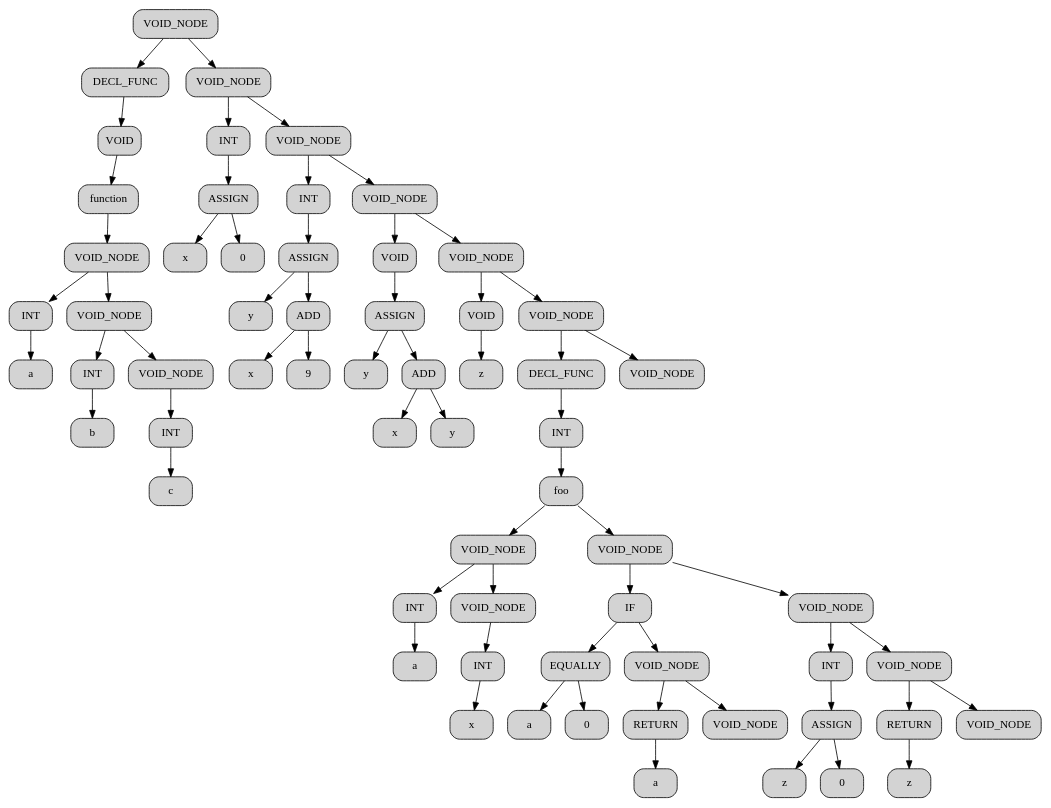
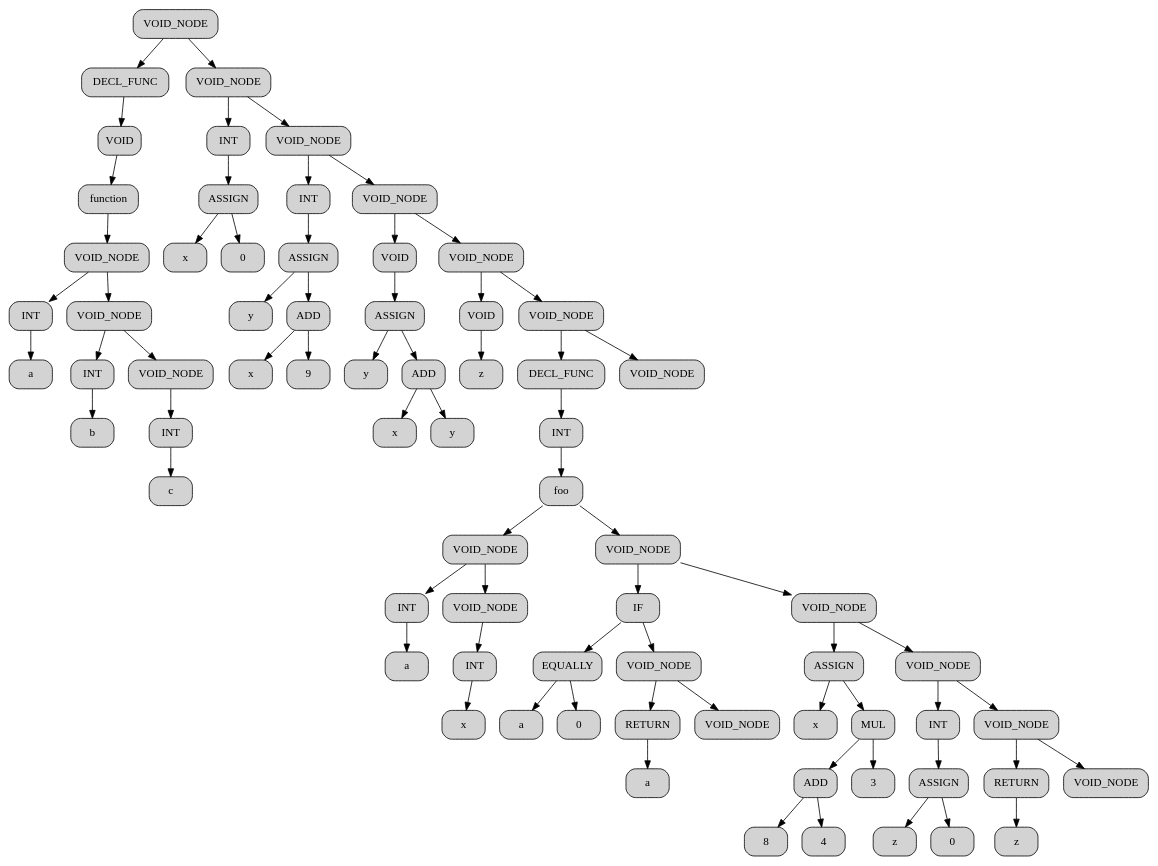
Before and after one commit to Matvey34545/Compilator: the diagram in FrontEnd/dump/dump.dot, drawn with Graphviz. The commit also changed 3 other files, not shown here.

```diff
--- a/FrontEnd/dump/dump.dot
+++ b/FrontEnd/dump/dump.dot
@@ -1,131 +1,147 @@
 digraph list{
 rankdir = HR
-node0000021754831580 [shape=Mrecord, style="filled",  label = "VOID_NODE"]
-node00000217548315c0 [shape=Mrecord, style="filled",  label = "DECL_FUNC"]
-node0000021754831600 [shape=Mrecord, style="filled",  label = "VOID"]
-node0000021754831640 [shape=Mrecord, style="filled",  label = "function"]
-node0000021754831680 [shape=Mrecord, style="filled",  label = "VOID_NODE"]
-node00000217548316c0 [shape=Mrecord, style="filled",  label = "INT"]
-node0000021754831700 [shape=Mrecord, style="filled",  label = "a"]
-node0000021754831740 [shape=Mrecord, style="filled",  label = "VOID_NODE"]
-node0000021754831780 [shape=Mrecord, style="filled",  label = "INT"]
-node00000217548317c0 [shape=Mrecord, style="filled",  label = "b"]
-node0000021754831800 [shape=Mrecord, style="filled",  label = "VOID_NODE"]
-node0000021754831840 [shape=Mrecord, style="filled",  label = "INT"]
-node0000021754831880 [shape=Mrecord, style="filled",  label = "c"]
-node00000217548318c0 [shape=Mrecord, style="filled",  label = "VOID_NODE"]
-node0000021754831900 [shape=Mrecord, style="filled",  label = "INT"]
-node0000021754831980 [shape=Mrecord, style="filled",  label = "ASSIGN"]
-node0000021754831940 [shape=Mrecord, style="filled",  label = "x"]
-node0000021754836ec0 [shape=Mrecord, style="filled",  label = "0"]
-node0000021754836fc0 [shape=Mrecord, style="filled",  label = "VOID_NODE"]
-node00000217548369c0 [shape=Mrecord, style="filled",  label = "INT"]
-node0000021754836ac0 [shape=Mrecord, style="filled",  label = "ASSIGN"]
-node0000021754836b80 [shape=Mrecord, style="filled",  label = "y"]
-node0000021754836a80 [shape=Mrecord, style="filled",  label = "ADD"]
-node0000021754836e80 [shape=Mrecord, style="filled",  label = "x"]
-node0000021754836bc0 [shape=Mrecord, style="filled",  label = "9"]
-node0000021754836980 [shape=Mrecord, style="filled",  label = "VOID_NODE"]
-node0000021754836e00 [shape=Mrecord, style="filled",  label = "VOID"]
-node0000021754836880 [shape=Mrecord, style="filled",  label = "ASSIGN"]
-node0000021754836f00 [shape=Mrecord, style="filled",  label = "y"]
-node00000217548368c0 [shape=Mrecord, style="filled",  label = "ADD"]
-node0000021754836f80 [shape=Mrecord, style="filled",  label = "x"]
-node0000021754836900 [shape=Mrecord, style="filled",  label = "y"]
-node0000021754836a40 [shape=Mrecord, style="filled",  label = "VOID_NODE"]
-node0000021754836940 [shape=Mrecord, style="filled",  label = "VOID"]
-node0000021754836b40 [shape=Mrecord, style="filled",  label = "z"]
-node0000021754836a00 [shape=Mrecord, style="filled",  label = "VOID_NODE"]
-node0000021754836c00 [shape=Mrecord, style="filled",  label = "DECL_FUNC"]
-node0000021754836cc0 [shape=Mrecord, style="filled",  label = "INT"]
-node0000021754836f40 [shape=Mrecord, style="filled",  label = "foo"]
-node0000021754836b00 [shape=Mrecord, style="filled",  label = "VOID_NODE"]
-node0000021754836c40 [shape=Mrecord, style="filled",  label = "INT"]
-node0000021754836c80 [shape=Mrecord, style="filled",  label = "a"]
-node0000021754836d00 [shape=Mrecord, style="filled",  label = "VOID_NODE"]
-node0000021754836d40 [shape=Mrecord, style="filled",  label = "INT"]
-node0000021754836d80 [shape=Mrecord, style="filled",  label = "x"]
-node0000021754836dc0 [shape=Mrecord, style="filled",  label = "VOID_NODE"]
-node0000021754836e40 [shape=Mrecord, style="filled",  label = "IF"]
-node0000021754838210 [shape=Mrecord, style="filled",  label = "EQUALLY"]
-node0000021754837dd0 [shape=Mrecord, style="filled",  label = "a"]
-node0000021754838050 [shape=Mrecord, style="filled",  label = "0"]
-node0000021754837950 [shape=Mrecord, style="filled",  label = "VOID_NODE"]
-node00000217548383d0 [shape=Mrecord, style="filled",  label = "RETURN"]
-node0000021754837710 [shape=Mrecord, style="filled",  label = "a"]
-node0000021754837690 [shape=Mrecord, style="filled",  label = "VOID_NODE"]
-node00000217548376d0 [shape=Mrecord, style="filled",  label = "VOID_NODE"]
-node00000217548374d0 [shape=Mrecord, style="filled",  label = "INT"]
-node0000021754837b90 [shape=Mrecord, style="filled",  label = "ASSIGN"]
-node0000021754837850 [shape=Mrecord, style="filled",  label = "z"]
-node0000021754837810 [shape=Mrecord, style="filled",  label = "0"]
-node0000021754837610 [shape=Mrecord, style="filled",  label = "VOID_NODE"]
-node0000021754838110 [shape=Mrecord, style="filled",  label = "RETURN"]
-node0000021754838090 [shape=Mrecord, style="filled",  label = "z"]
-node00000217548378d0 [shape=Mrecord, style="filled",  label = "VOID_NODE"]
-node00000217548382d0 [shape=Mrecord, style="filled",  label = "VOID_NODE"]
+node000002380a1b1590 [shape=Mrecord, style="filled",  label = "VOID_NODE"]
+node000002380a1b15d0 [shape=Mrecord, style="filled",  label = "DECL_FUNC"]
+node000002380a1b1610 [shape=Mrecord, style="filled",  label = "VOID"]
+node000002380a1b1650 [shape=Mrecord, style="filled",  label = "function"]
+node000002380a1b1690 [shape=Mrecord, style="filled",  label = "VOID_NODE"]
+node000002380a1b16d0 [shape=Mrecord, style="filled",  label = "INT"]
+node000002380a1b1710 [shape=Mrecord, style="filled",  label = "a"]
+node000002380a1b1750 [shape=Mrecord, style="filled",  label = "VOID_NODE"]
+node000002380a1b1790 [shape=Mrecord, style="filled",  label = "INT"]
+node000002380a1b17d0 [shape=Mrecord, style="filled",  label = "b"]
+node000002380a1b1810 [shape=Mrecord, style="filled",  label = "VOID_NODE"]
+node000002380a1b1850 [shape=Mrecord, style="filled",  label = "INT"]
+node000002380a1b1890 [shape=Mrecord, style="filled",  label = "c"]
+node000002380a1b18d0 [shape=Mrecord, style="filled",  label = "VOID_NODE"]
+node000002380a1b1910 [shape=Mrecord, style="filled",  label = "INT"]
+node000002380a1b1990 [shape=Mrecord, style="filled",  label = "ASSIGN"]
+node000002380a1b1950 [shape=Mrecord, style="filled",  label = "x"]
+node000002380a1b6980 [shape=Mrecord, style="filled",  label = "0"]
+node000002380a1b6ac0 [shape=Mrecord, style="filled",  label = "VOID_NODE"]
+node000002380a1b6a40 [shape=Mrecord, style="filled",  label = "INT"]
+node000002380a1b6b00 [shape=Mrecord, style="filled",  label = "ASSIGN"]
+node000002380a1b6940 [shape=Mrecord, style="filled",  label = "y"]
+node000002380a1b69c0 [shape=Mrecord, style="filled",  label = "ADD"]
+node000002380a1b6e40 [shape=Mrecord, style="filled",  label = "x"]
+node000002380a1b6c80 [shape=Mrecord, style="filled",  label = "9"]
+node000002380a1b6a00 [shape=Mrecord, style="filled",  label = "VOID_NODE"]
+node000002380a1b6fc0 [shape=Mrecord, style="filled",  label = "VOID"]
+node000002380a1b6a80 [shape=Mrecord, style="filled",  label = "ASSIGN"]
+node000002380a1b6e80 [shape=Mrecord, style="filled",  label = "y"]
+node000002380a1b6cc0 [shape=Mrecord, style="filled",  label = "ADD"]
+node000002380a1b6c00 [shape=Mrecord, style="filled",  label = "x"]
+node000002380a1b6dc0 [shape=Mrecord, style="filled",  label = "y"]
+node000002380a1b6ec0 [shape=Mrecord, style="filled",  label = "VOID_NODE"]
+node000002380a1b6f00 [shape=Mrecord, style="filled",  label = "VOID"]
+node000002380a1b6b40 [shape=Mrecord, style="filled",  label = "z"]
+node000002380a1b6b80 [shape=Mrecord, style="filled",  label = "VOID_NODE"]
+node000002380a1b6f40 [shape=Mrecord, style="filled",  label = "DECL_FUNC"]
+node000002380a1b6d00 [shape=Mrecord, style="filled",  label = "INT"]
+node000002380a1b6bc0 [shape=Mrecord, style="filled",  label = "foo"]
+node000002380a1b6f80 [shape=Mrecord, style="filled",  label = "VOID_NODE"]
+node000002380a1b6c40 [shape=Mrecord, style="filled",  label = "INT"]
+node000002380a1b6880 [shape=Mrecord, style="filled",  label = "a"]
+node000002380a1b6d80 [shape=Mrecord, style="filled",  label = "VOID_NODE"]
+node000002380a1b6d40 [shape=Mrecord, style="filled",  label = "INT"]
+node000002380a1b6e00 [shape=Mrecord, style="filled",  label = "x"]
+node000002380a1b68c0 [shape=Mrecord, style="filled",  label = "VOID_NODE"]
+node000002380a1b6900 [shape=Mrecord, style="filled",  label = "IF"]
+node000002380a1b83d0 [shape=Mrecord, style="filled",  label = "EQUALLY"]
+node000002380a1b7f10 [shape=Mrecord, style="filled",  label = "a"]
+node000002380a1b80d0 [shape=Mrecord, style="filled",  label = "0"]
+node000002380a1b7cd0 [shape=Mrecord, style="filled",  label = "VOID_NODE"]
+node000002380a1b7e10 [shape=Mrecord, style="filled",  label = "RETURN"]
+node000002380a1b7e50 [shape=Mrecord, style="filled",  label = "a"]
+node000002380a1b7790 [shape=Mrecord, style="filled",  label = "VOID_NODE"]
+node000002380a1b7b90 [shape=Mrecord, style="filled",  label = "VOID_NODE"]
+node000002380a1b7a10 [shape=Mrecord, style="filled",  label = "ASSIGN"]
+node000002380a1b7590 [shape=Mrecord, style="filled",  label = "x"]
+node000002380a1b8310 [shape=Mrecord, style="filled",  label = "MUL"]
+node000002380a1b7850 [shape=Mrecord, style="filled",  label = "ADD"]
+node000002380a1b7d10 [shape=Mrecord, style="filled",  label = "8"]
+node000002380a1b75d0 [shape=Mrecord, style="filled",  label = "4"]
+node000002380a1b7c90 [shape=Mrecord, style="filled",  label = "3"]
+node000002380a1b7a50 [shape=Mrecord, style="filled",  label = "VOID_NODE"]
+node000002380a1b7950 [shape=Mrecord, style="filled",  label = "INT"]
+node000002380a1b7990 [shape=Mrecord, style="filled",  label = "ASSIGN"]
+node000002380a1b8010 [shape=Mrecord, style="filled",  label = "z"]
+node000002380a1b7690 [shape=Mrecord, style="filled",  label = "0"]
+node000002380a1b7550 [shape=Mrecord, style="filled",  label = "VOID_NODE"]
+node000002380a1b77d0 [shape=Mrecord, style="filled",  label = "RETURN"]
+node000002380a1b7d90 [shape=Mrecord, style="filled",  label = "z"]
+node000002380a1b7a90 [shape=Mrecord, style="filled",  label = "VOID_NODE"]
+node000002380a1b7b50 [shape=Mrecord, style="filled",  label = "VOID_NODE"]
 edge[color=black]
-node0000021754831580->node00000217548315c0
-node00000217548315c0->node0000021754831600
-node0000021754831600->node0000021754831640
-node0000021754831640->node0000021754831680
-node0000021754831680->node00000217548316c0
-node00000217548316c0->node0000021754831700
-node0000021754831680->node0000021754831740
-node0000021754831740->node0000021754831780
-node0000021754831780->node00000217548317c0
-node0000021754831740->node0000021754831800
-node0000021754831800->node0000021754831840
-node0000021754831840->node0000021754831880
-node0000021754831580->node00000217548318c0
-node00000217548318c0->node0000021754831900
-node0000021754831900->node0000021754831980
-node0000021754831980->node0000021754831940
-node0000021754831980->node0000021754836ec0
-node00000217548318c0->node0000021754836fc0
-node0000021754836fc0->node00000217548369c0
-node00000217548369c0->node0000021754836ac0
-node0000021754836ac0->node0000021754836b80
-node0000021754836ac0->node0000021754836a80
-node0000021754836a80->node0000021754836e80
-node0000021754836a80->node0000021754836bc0
-node0000021754836fc0->node0000021754836980
-node0000021754836980->node0000021754836e00
-node0000021754836e00->node0000021754836880
-node0000021754836880->node0000021754836f00
-node0000021754836880->node00000217548368c0
-node00000217548368c0->node0000021754836f80
-node00000217548368c0->node0000021754836900
-node0000021754836980->node0000021754836a40
-node0000021754836a40->node0000021754836940
-node0000021754836940->node0000021754836b40
-node0000021754836a40->node0000021754836a00
-node0000021754836a00->node0000021754836c00
-node0000021754836c00->node0000021754836cc0
-node0000021754836cc0->node0000021754836f40
-node0000021754836f40->node0000021754836b00
-node0000021754836b00->node0000021754836c40
-node0000021754836c40->node0000021754836c80
-node0000021754836b00->node0000021754836d00
-node0000021754836d00->node0000021754836d40
-node0000021754836d40->node0000021754836d80
-node0000021754836f40->node0000021754836dc0
-node0000021754836dc0->node0000021754836e40
-node0000021754836e40->node0000021754838210
-node0000021754838210->node0000021754837dd0
-node0000021754838210->node0000021754838050
-node0000021754836e40->node0000021754837950
-node0000021754837950->node00000217548383d0
-node00000217548383d0->node0000021754837710
-node0000021754837950->node0000021754837690
-node0000021754836dc0->node00000217548376d0
-node00000217548376d0->node00000217548374d0
-node00000217548374d0->node0000021754837b90
-node0000021754837b90->node0000021754837850
-node0000021754837b90->node0000021754837810
-node00000217548376d0->node0000021754837610
-node0000021754837610->node0000021754838110
-node0000021754838110->node0000021754838090
-node0000021754837610->node00000217548378d0
-node0000021754836a00->node00000217548382d0
+node000002380a1b1590->node000002380a1b15d0
+node000002380a1b15d0->node000002380a1b1610
+node000002380a1b1610->node000002380a1b1650
+node000002380a1b1650->node000002380a1b1690
+node000002380a1b1690->node000002380a1b16d0
+node000002380a1b16d0->node000002380a1b1710
+node000002380a1b1690->node000002380a1b1750
+node000002380a1b1750->node000002380a1b1790
+node000002380a1b1790->node000002380a1b17d0
+node000002380a1b1750->node000002380a1b1810
+node000002380a1b1810->node000002380a1b1850
+node000002380a1b1850->node000002380a1b1890
+node000002380a1b1590->node000002380a1b18d0
+node000002380a1b18d0->node000002380a1b1910
+node000002380a1b1910->node000002380a1b1990
+node000002380a1b1990->node000002380a1b1950
+node000002380a1b1990->node000002380a1b6980
+node000002380a1b18d0->node000002380a1b6ac0
+node000002380a1b6ac0->node000002380a1b6a40
+node000002380a1b6a40->node000002380a1b6b00
+node000002380a1b6b00->node000002380a1b6940
+node000002380a1b6b00->node000002380a1b69c0
+node000002380a1b69c0->node000002380a1b6e40
+node000002380a1b69c0->node000002380a1b6c80
+node000002380a1b6ac0->node000002380a1b6a00
+node000002380a1b6a00->node000002380a1b6fc0
+node000002380a1b6fc0->node000002380a1b6a80
+node000002380a1b6a80->node000002380a1b6e80
+node000002380a1b6a80->node000002380a1b6cc0
+node000002380a1b6cc0->node000002380a1b6c00
+node000002380a1b6cc0->node000002380a1b6dc0
+node000002380a1b6a00->node000002380a1b6ec0
+node000002380a1b6ec0->node000002380a1b6f00
+node000002380a1b6f00->node000002380a1b6b40
+node000002380a1b6ec0->node000002380a1b6b80
+node000002380a1b6b80->node000002380a1b6f40
+node000002380a1b6f40->node000002380a1b6d00
+node000002380a1b6d00->node000002380a1b6bc0
+node000002380a1b6bc0->node000002380a1b6f80
+node000002380a1b6f80->node000002380a1b6c40
+node000002380a1b6c40->node000002380a1b6880
+node000002380a1b6f80->node000002380a1b6d80
+node000002380a1b6d80->node000002380a1b6d40
+node000002380a1b6d40->node000002380a1b6e00
+node000002380a1b6bc0->node000002380a1b68c0
+node000002380a1b68c0->node000002380a1b6900
+node000002380a1b6900->node000002380a1b83d0
+node000002380a1b83d0->node000002380a1b7f10
+node000002380a1b83d0->node000002380a1b80d0
+node000002380a1b6900->node000002380a1b7cd0
+node000002380a1b7cd0->node000002380a1b7e10
+node000002380a1b7e10->node000002380a1b7e50
+node000002380a1b7cd0->node000002380a1b7790
+node000002380a1b68c0->node000002380a1b7b90
+node000002380a1b7b90->node000002380a1b7a10
+node000002380a1b7a10->node000002380a1b7590
+node000002380a1b7a10->node000002380a1b8310
+node000002380a1b8310->node000002380a1b7850
+node000002380a1b7850->node000002380a1b7d10
+node000002380a1b7850->node000002380a1b75d0
+node000002380a1b8310->node000002380a1b7c90
+node000002380a1b7b90->node000002380a1b7a50
+node000002380a1b7a50->node000002380a1b7950
+node000002380a1b7950->node000002380a1b7990
+node000002380a1b7990->node000002380a1b8010
+node000002380a1b7990->node000002380a1b7690
+node000002380a1b7a50->node000002380a1b7550
+node000002380a1b7550->node000002380a1b77d0
+node000002380a1b77d0->node000002380a1b7d90
+node000002380a1b7550->node000002380a1b7a90
+node000002380a1b6b80->node000002380a1b7b50
 }
```
